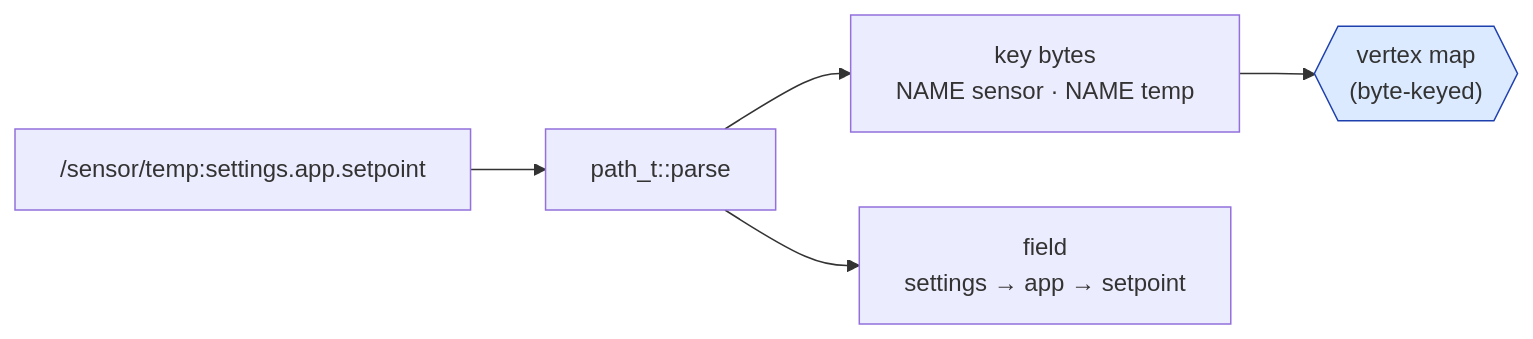
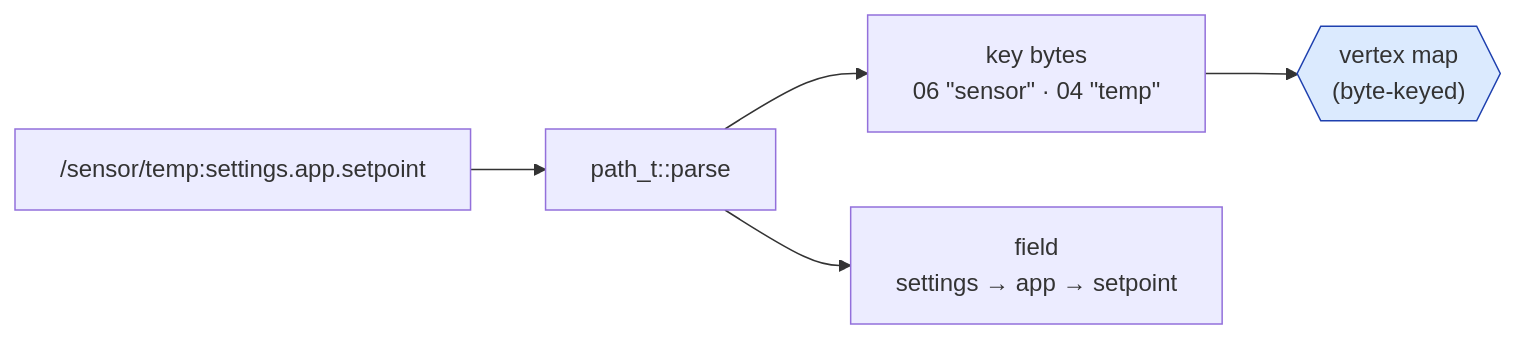
Before and after one commit to avatarsd-llc/libtracer: the diagram in docs/modules/path.md, drawn with Mermaid. The commit also changed other lines of this file and 46 other files, not shown here.

````diff
--- a/docs/modules/path.md
+++ b/docs/modules/path.md
@@ -48,9 +48,9 @@
 ```{mermaid}
 flowchart LR
     S["/sensor/temp:settings.app.setpoint"] --> P[path_t::parse]
-    P --> K["key bytes<br/>NAME sensor · NAME temp"]
+    P --> K["key bytes<br/>06 &quot;sensor&quot; · 04 &quot;temp&quot;"]
     P --> F["field<br/>settings → app → setpoint"]
     K --> M{{"vertex map<br/>(byte-keyed)"}}
     classDef e fill:#dbeafe,stroke:#1e40af
     class M e
 ```
````
